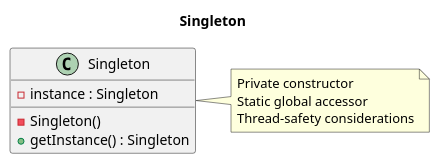
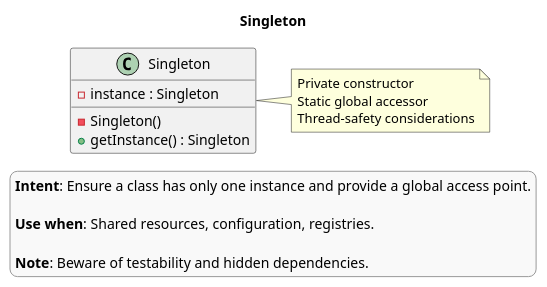
Before and after one commit to AkselErenberk/design-patterns: the diagram in theory/creational/singleton/class.puml, drawn with PlantUML. The commit also changed 26 other files, not shown here.

Commit message:
design pattern class diagrams

```diff
--- a/theory/creational/singleton/class.puml
+++ b/theory/creational/singleton/class.puml
@@ -1,15 +1,26 @@
 @startuml
 title Singleton
+
+skinparam legendBackgroundColor #f9f9f9
+skinparam legendBorderColor #999999
+
+legend right
+**Intent**: Ensure a class has only one instance and provide a global access point.
+
+**Use when**: Shared resources, configuration, registries.
+
+**Note**: Beware of testability and hidden dependencies.
+endlegend
 
 class Singleton {
   -instance : Singleton
   -Singleton()
   +getInstance() : Singleton
 }
 
 note right of Singleton
 Private constructor
 Static global accessor
 Thread-safety considerations
 end note
 @enduml
```
